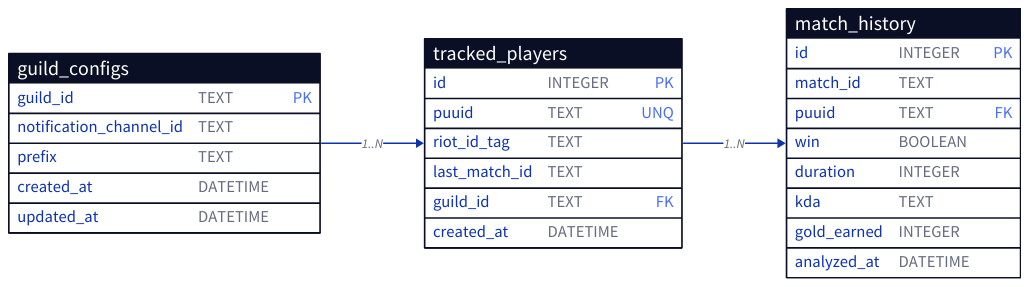
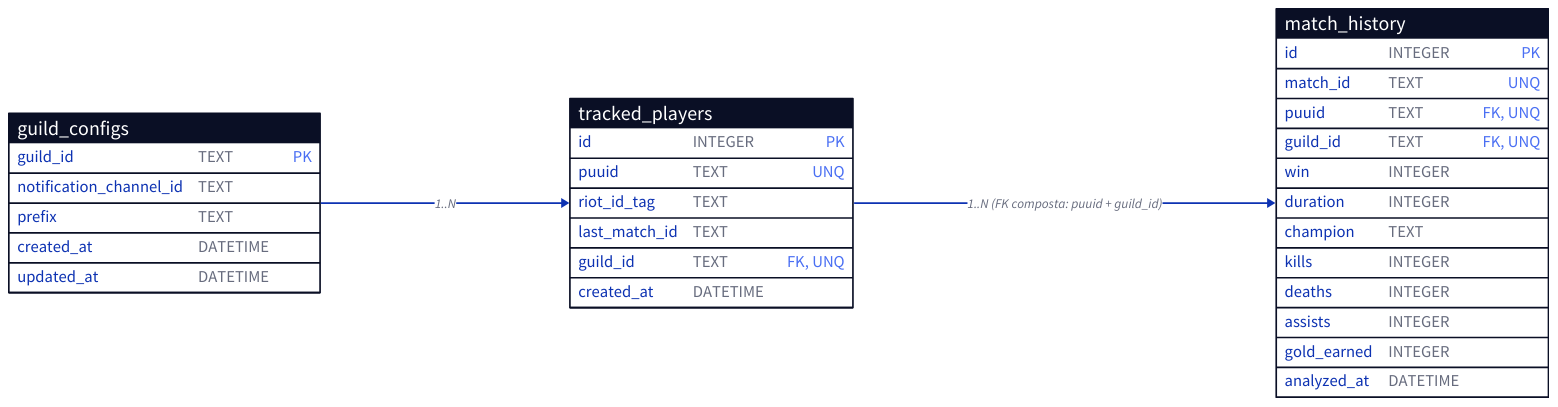
Before and after one commit to breno-hof/discord-bot-koga: the diagram in docs/diagrams/er.d2, drawn with D2. The commit also changed 19 other files, not shown here.

```diff
--- a/docs/diagrams/er.d2
+++ b/docs/diagrams/er.d2
@@ -1,35 +1,39 @@
 direction: right
 
 guild_configs: {
   shape: sql_table
   guild_id: TEXT {constraint: primary_key}
   notification_channel_id: TEXT
   prefix: TEXT
   created_at: DATETIME
   updated_at: DATETIME
 }
 
 tracked_players: {
   shape: sql_table
   id: INTEGER {constraint: primary_key}
   puuid: TEXT {constraint: unique}
   riot_id_tag: TEXT
   last_match_id: TEXT
-  guild_id: TEXT {constraint: foreign_key}
+  guild_id: TEXT {constraint: [foreign_key; unique]}
   created_at: DATETIME
 }
 
 match_history: {
   shape: sql_table
   id: INTEGER {constraint: primary_key}
-  match_id: TEXT
-  puuid: TEXT {constraint: foreign_key}
-  win: BOOLEAN
+  match_id: TEXT {constraint: unique}
+  puuid: TEXT {constraint: [foreign_key; unique]}
+  guild_id: TEXT {constraint: [foreign_key; unique]}
+  win: INTEGER
   duration: INTEGER
-  kda: TEXT
+  champion: TEXT
+  kills: INTEGER
+  deaths: INTEGER
+  assists: INTEGER
   gold_earned: INTEGER
   analyzed_at: DATETIME
 }
 
 guild_configs.guild_id -> tracked_players.guild_id: 1..N
-tracked_players.puuid -> match_history.puuid: 1..N
+tracked_players.puuid -> match_history.puuid: "1..N (FK composta: puuid + guild_id)"
```
